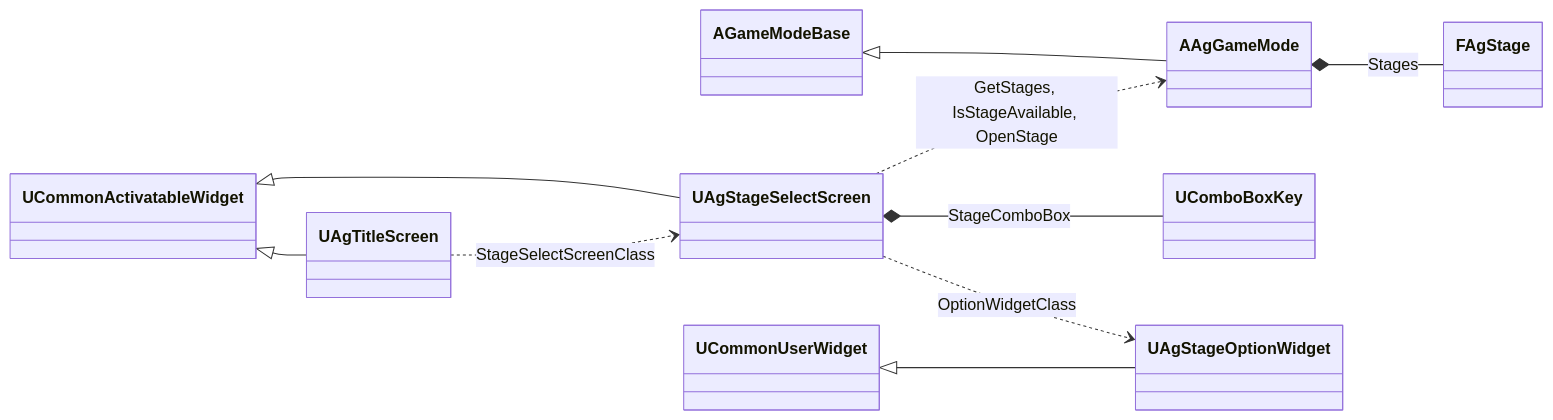
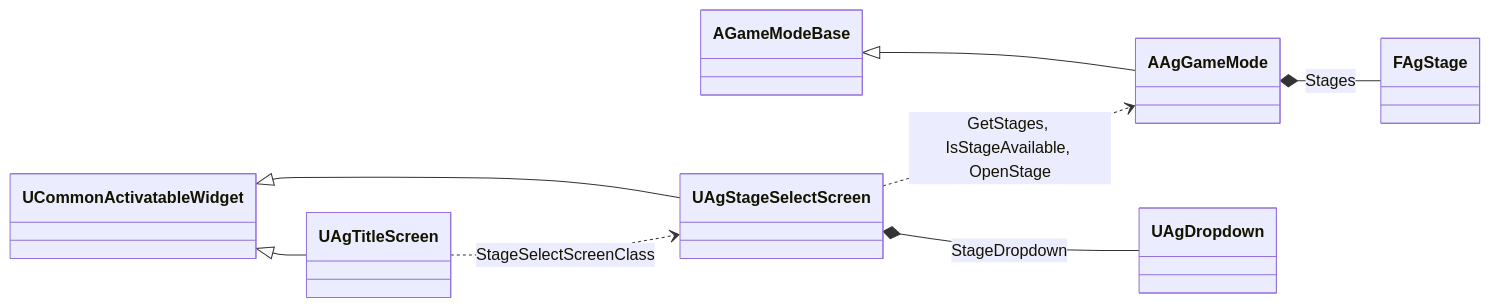
The first of 2 diagrams in Specs/스테이지 선택/2-plan.md (Woogl/Ag), drawn with Mermaid before and after one commit. The commit also changed other lines of this file and 25 other files, not shown here.

Commit message:
구현: 메뉴 드롭다운을 공용 위젯 UAgDropdown 하나로 합침

````diff
--- a/Specs/스테이지 선택/2-plan.md
+++ b/Specs/스테이지 선택/2-plan.md
@@ -20,13 +19,11 @@
 ```mermaid
 classDiagram
     direction LR
     AGameModeBase <|-- AAgGameMode
     AAgGameMode *-- FAgStage : Stages
     UCommonActivatableWidget <|-- UAgTitleScreen
     UCommonActivatableWidget <|-- UAgStageSelectScreen
     UAgTitleScreen ..> UAgStageSelectScreen : StageSelectScreenClass
     UAgStageSelectScreen ..> AAgGameMode : GetStages, IsStageAvailable, OpenStage
-    UAgStageSelectScreen *-- UComboBoxKey : StageComboBox
-    UAgStageSelectScreen ..> UAgStageOptionWidget : OptionWidgetClass
-    UCommonUserWidget <|-- UAgStageOptionWidget
+    UAgStageSelectScreen *-- UAgDropdown : StageDropdown
 ```
````
